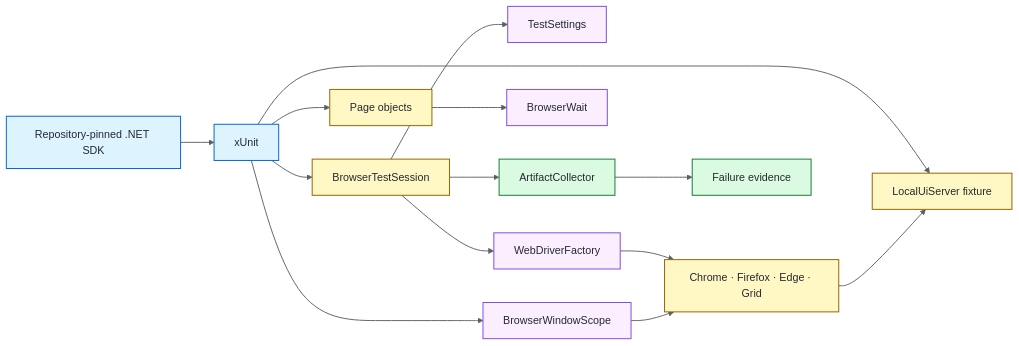
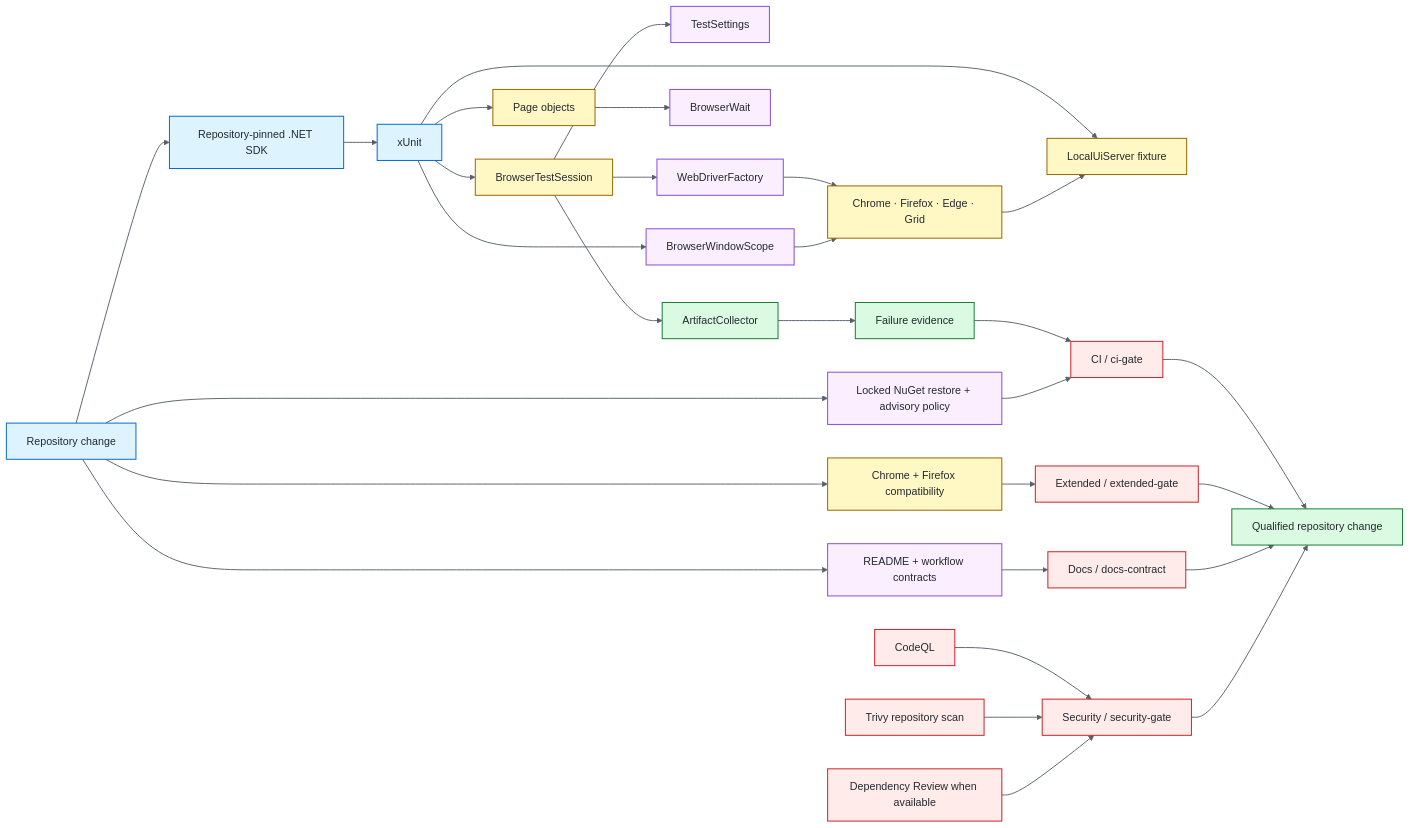
One commit to portyu9/qa-automation-dotnet-selenium changed the first of 2 diagrams in README.md. Above: the diagram before and after it, drawn with Mermaid.

Commit message:
docs: elevate README architecture diagram
* chore: stage reference-quality Mermaid polish

* docs: elevate README architecture diagram

* chore: retrigger README qualification

* chore: complete README qualification retrigger

---------

````diff
--- a/README.md
+++ b/README.md
@@ -42,26 +42,48 @@
 ```mermaid
 flowchart LR
-    SDK[Repository-pinned .NET SDK] --> TEST[xUnit]
+    CHANGE[Repository change] --> SDK[Repository-pinned .NET SDK]
+    SDK --> TEST[xUnit]
     TEST --> SESSION[BrowserTestSession]
     SESSION --> CFG[TestSettings]
     SESSION --> DRIVER[WebDriverFactory]
     TEST --> PAGE[Page objects]
     PAGE --> WAIT[BrowserWait]
     TEST --> FIX[LocalUiServer fixture]
     TEST --> WINDOW[BrowserWindowScope]
     DRIVER --> BROWSER[Chrome · Firefox · Edge · Grid]
     BROWSER --> FIX
     WINDOW --> BROWSER
     SESSION --> ART[ArtifactCollector]
     ART --> EV[Failure evidence]
+    EV --> CIG[CI / ci-gate]
+
+    CHANGE --> LOCK[Locked NuGet restore + advisory policy]
+    LOCK --> CIG
+
+    CHANGE --> EXT[Chrome + Firefox compatibility]
+    EXT --> EG[Extended / extended-gate]
+
+    CHANGE --> DOCS[README + workflow contracts]
+    DOCS --> DG[Docs / docs-contract]
+
+    SAST[CodeQL] --> SG[Security / security-gate]
+    TRIVY[Trivy repository scan] --> SG
+    REVIEW[Dependency Review when available] --> SG
+
+    CIG --> RESULT[Qualified repository change]
+    EG --> RESULT
+    DG --> RESULT
+    SG --> RESULT
 
     classDef entry fill:#ddf4ff,stroke:#0969da,color:#24292f,stroke-width:1.5px;
     classDef policy fill:#fbefff,stroke:#8250df,color:#24292f,stroke-width:1.5px;
     classDef runtime fill:#fff8c5,stroke:#9a6700,color:#24292f,stroke-width:1.5px;
     classDef evidence fill:#dafbe1,stroke:#1a7f37,color:#24292f,stroke-width:1.5px;
-    class SDK,TEST entry;
-    class CFG,DRIVER,WAIT,WINDOW policy;
-    class SESSION,PAGE,FIX,BROWSER runtime;
-    class ART,EV evidence;
+    classDef gate fill:#ffebe9,stroke:#cf222e,color:#24292f,stroke-width:1.5px;
+    class CHANGE,SDK,TEST entry;
+    class CFG,DRIVER,WAIT,WINDOW,LOCK,DOCS policy;
+    class SESSION,PAGE,FIX,BROWSER,EXT runtime;
+    class ART,EV,RESULT evidence;
+    class CIG,EG,DG,SAST,TRIVY,REVIEW,SG gate;
     linkStyle default stroke:#57606a,stroke-width:1.4px;
 ```
````
